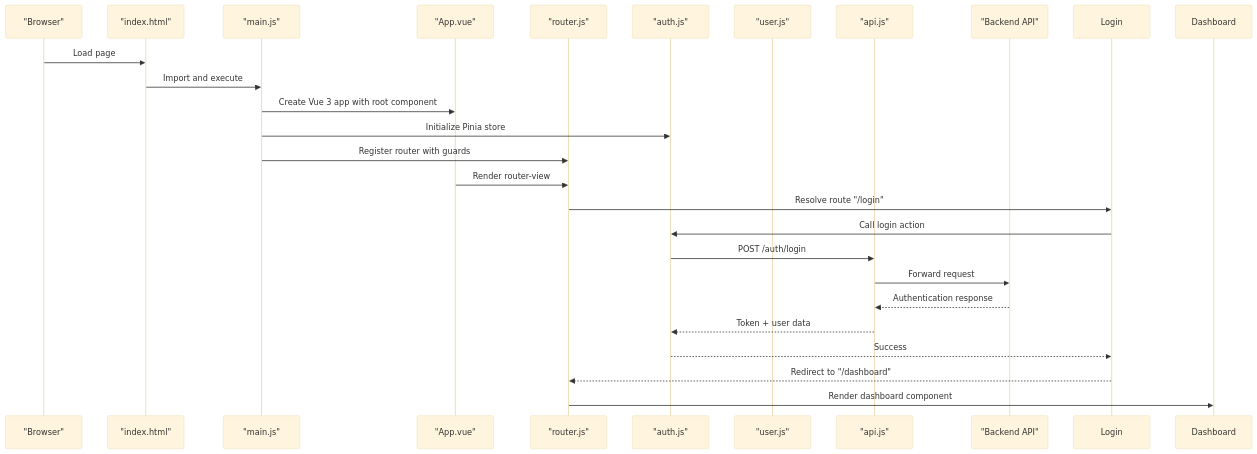
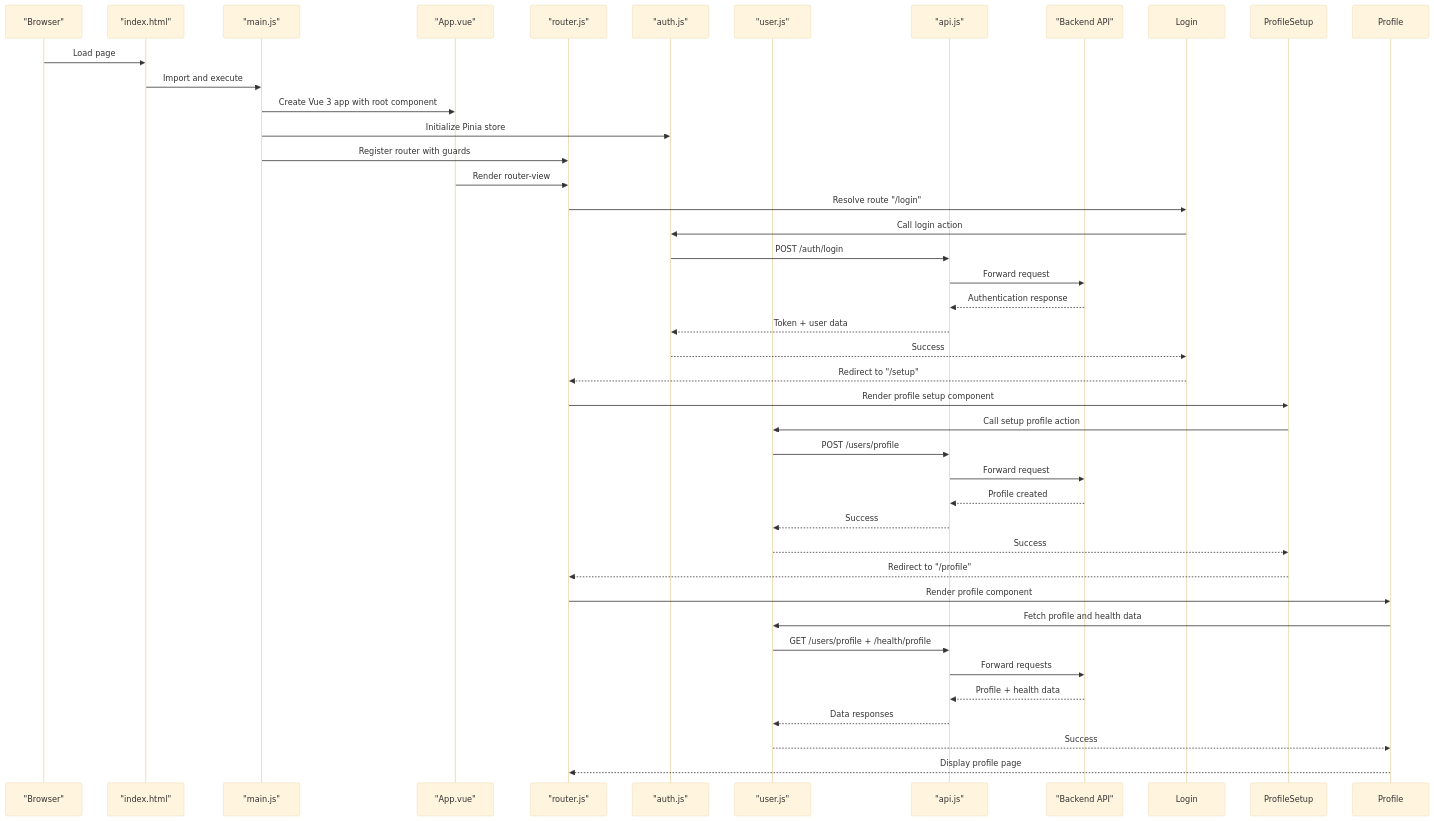
One commit to hsarjun04-netizen/NUTRICooACH changed the second of 3 diagrams in .qoder/repowiki/en/content/Frontend Application/Vue.js Application Architecture.md. Above: the diagram before and after it, drawn with Mermaid (base theme). The commit also changed other lines of this file and 9 other files, not shown here.

````diff
--- a/.qoder/repowiki/en/content/Frontend Application/Vue.js Application Architecture.md
+++ b/.qoder/repowiki/en/content/Frontend Application/Vue.js Application Architecture.md
@@ -159,27 +169,42 @@
 ```mermaid
 sequenceDiagram
 participant Browser as "Browser"
 participant HTML as "index.html"
 participant Main as "main.js"
 participant App as "App.vue"
 participant Router as "router.js"
 participant AuthStore as "auth.js"
 participant UserStore as "user.js"
 participant API as "api.js"
 participant Backend as "Backend API"
 Browser->>HTML : Load page
 HTML->>Main : Import and execute
 Main->>App : Create Vue 3 app with root component
 Main->>AuthStore : Initialize Pinia store
 Main->>Router : Register router with guards
 App->>Router : Render router-view
 Router->>Login : Resolve route "/login"
 Login->>AuthStore : Call login action
 AuthStore->>API : POST /auth/login
 API->>Backend : Forward request
 Backend-->>API : Authentication response
 API-->>AuthStore : Token + user data
 AuthStore-->>Login : Success
-Login-->>Router : Redirect to "/dashboard"
-Router->>Dashboard : Render dashboard component
+Login-->>Router : Redirect to "/setup"
+Router->>ProfileSetup : Render profile setup component
+ProfileSetup->>UserStore : Call setup profile action
+UserStore->>API : POST /users/profile
+API->>Backend : Forward request
+Backend-->>API : Profile created
+API-->>UserStore : Success
+UserStore-->>ProfileSetup : Success
+ProfileSetup-->>Router : Redirect to "/profile"
+Router->>Profile : Render profile component
+Profile->>UserStore : Fetch profile and health data
+UserStore->>API : GET /users/profile + /health/profile
+API->>Backend : Forward requests
+Backend-->>API : Profile + health data
+API-->>UserStore : Data responses
+UserStore-->>Profile : Success
+Profile-->>Router : Display profile page
 ```
````
